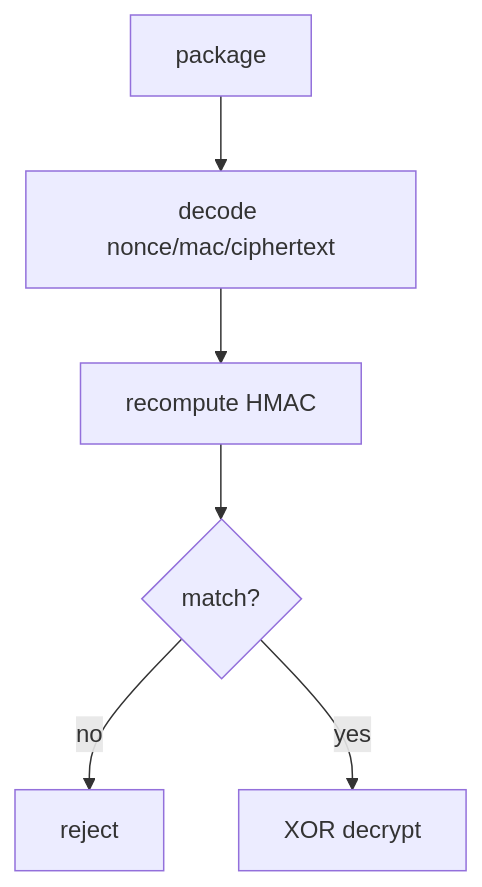
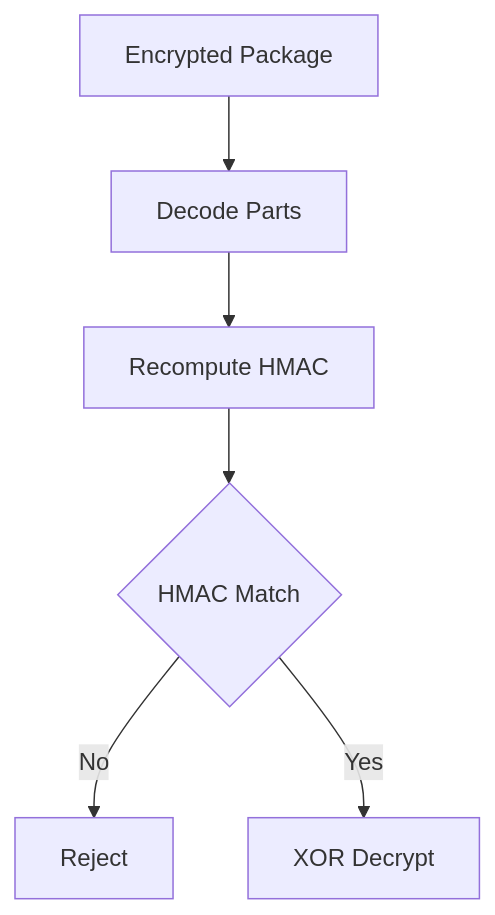
The sixth of 33 diagrams in readme.md (smshagor-dev/Next-Gen-Blockchain-for-Vehicle-Security), drawn with Mermaid before and after one commit. The commit also changed other lines of this file and 5 other files, not shown here.

````diff
--- a/readme.md
+++ b/readme.md
@@ -431,8 +432,8 @@
 ```mermaid
 flowchart TD
-    A[package] --> B[decode nonce/mac/ciphertext]
-    B --> C[recompute HMAC]
-    C --> D{match?}
-    D -- no --> E[reject]
-    D -- yes --> F[XOR decrypt]
+    A[Encrypted Package] --> B[Decode Parts]
+    B --> C[Recompute HMAC]
+    C --> D{HMAC Match}
+    D -->|No| E[Reject]
+    D -->|Yes| F[XOR Decrypt]
 ```
````
